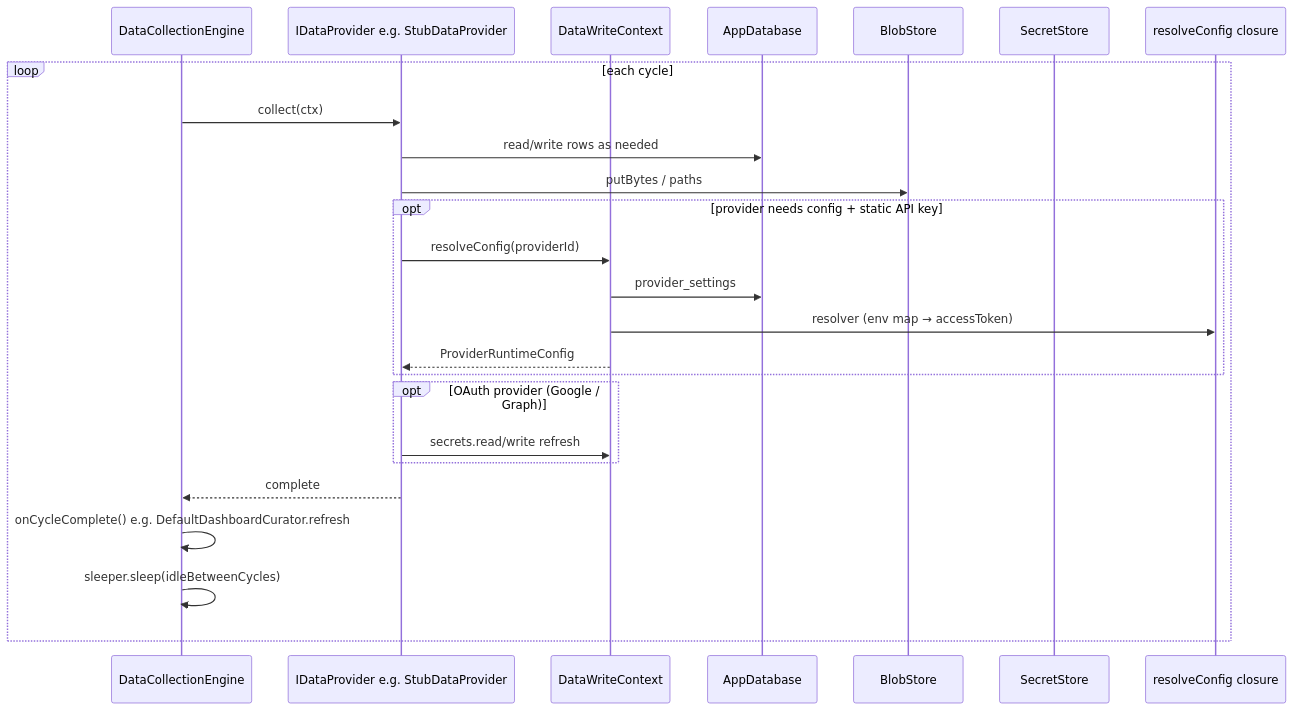
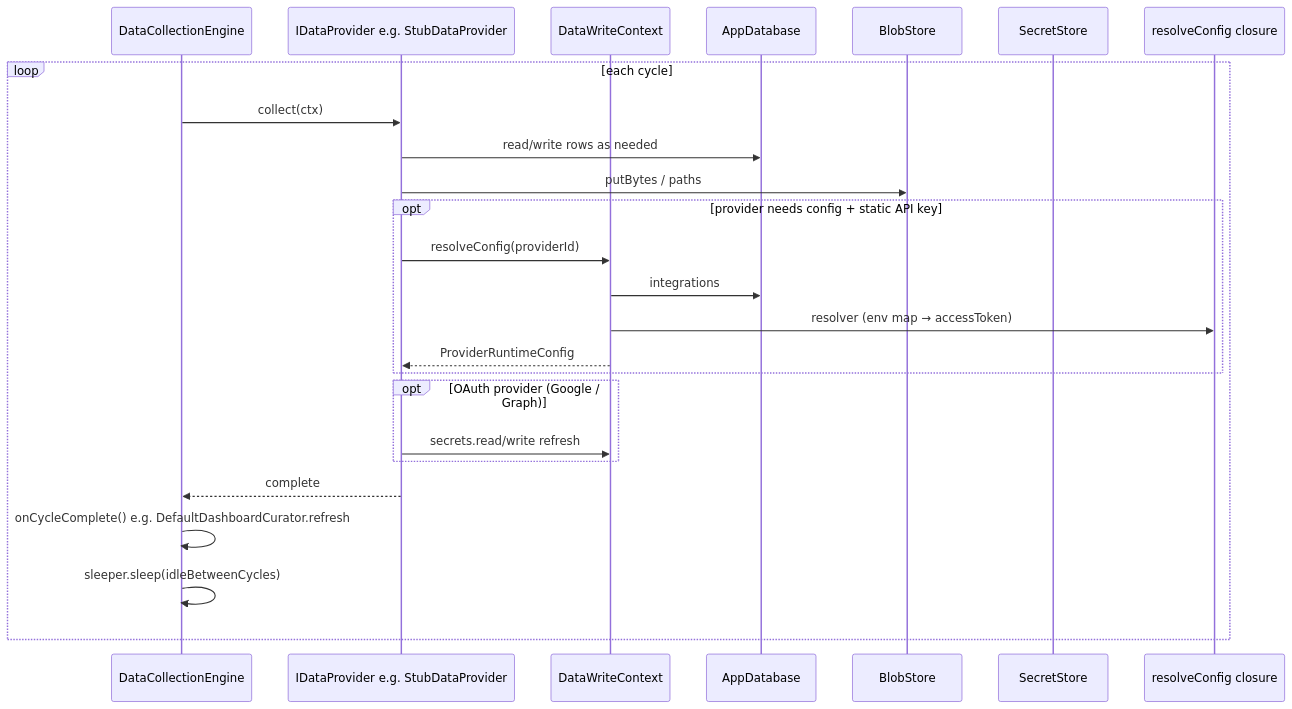
Before and after one commit to dukk/waddle-view: the third of 5 diagrams in apps/waddle_display/ARCHITECTURE.md, drawn with Mermaid. The commit also changed other lines of this file and 164 other files, not shown here.

````diff
--- a/apps/waddle_display/ARCHITECTURE.md
+++ b/apps/waddle_display/ARCHITECTURE.md
@@ -154,28 +154,28 @@
 ```mermaid
 sequenceDiagram
   participant Eng as DataCollectionEngine
   participant P as IDataProvider e.g. StubDataProvider
   participant Ctx as DataWriteContext
   participant DB as AppDatabase
   participant Blob as BlobStore
   participant Sec as SecretStore
   participant Res as resolveConfig closure
 
   loop each cycle
     Eng->>P: collect(ctx)
     P->>DB: read/write rows as needed
     P->>Blob: putBytes / paths
     opt provider needs config + static API key
       P->>Ctx: resolveConfig(providerId)
-      Ctx->>DB: provider_settings
+      Ctx->>DB: integrations
       Ctx->>Res: resolver (env map → accessToken)
       Ctx-->>P: ProviderRuntimeConfig
     end
     opt OAuth provider (Google / Graph)
       P->>Ctx: secrets.read/write refresh
     end
     P-->>Eng: complete
     Eng->>Eng: onCycleComplete() e.g. DefaultDashboardCurator.refresh
     Eng->>Eng: sleeper.sleep(idleBetweenCycles)
   end
 ```
````
